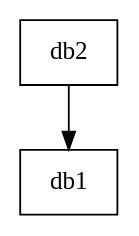
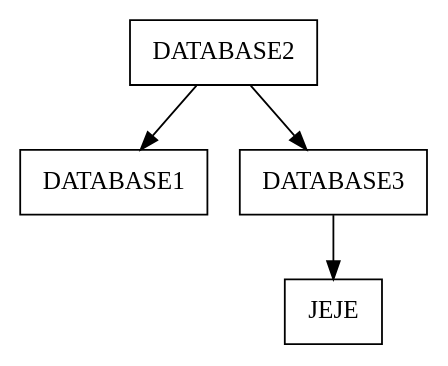
One commit to AaronGMG2000/Vacaciones_Diciembre_ProyectoEDD changed the diagram in bases.dot. Above: the diagram before and after it, drawn with Graphviz. The commit also changed 7 other files, not shown here.

```diff
--- a/bases.dot
+++ b/bases.dot
@@ -1,7 +1,11 @@
 digraph dibujo{
 graph [ordering="out"];rankdir=TB;
 node [shape = box];
-Nododb2 [label = "db2"];
-Nododb1 [label = "db1"];
-Nododb2->Nododb1;
+NodoDATABASE2 [label = "DATABASE2"];
+NodoDATABASE1 [label = "DATABASE1"];
+NodoDATABASE3 [label = "DATABASE3"];
+NodoJEJE [label = "JEJE"];
+NodoDATABASE2->NodoDATABASE1;
+NodoDATABASE2->NodoDATABASE3;
+NodoDATABASE3->NodoJEJE;
 }
```
